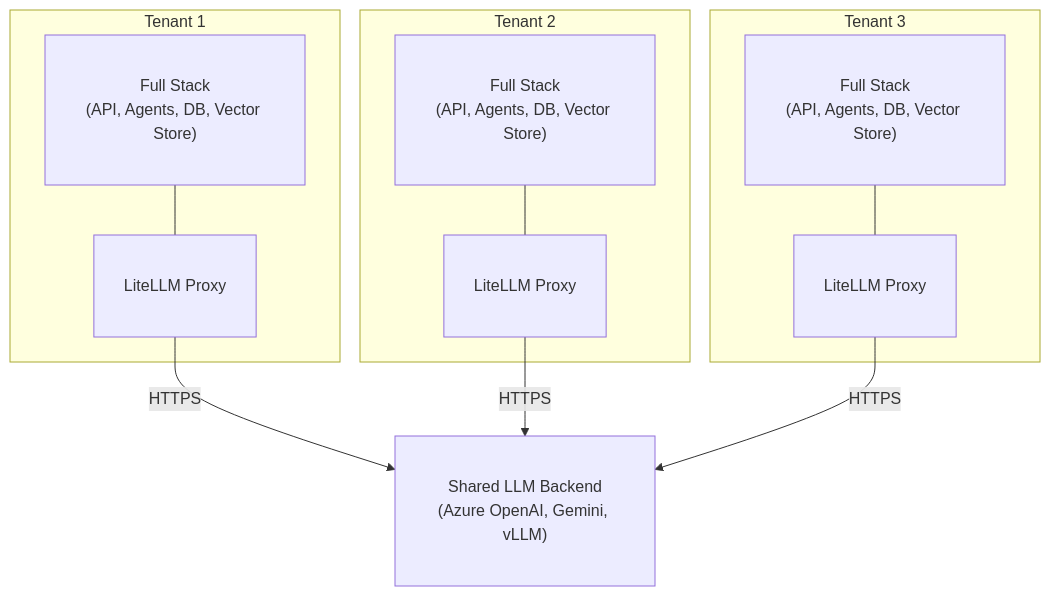
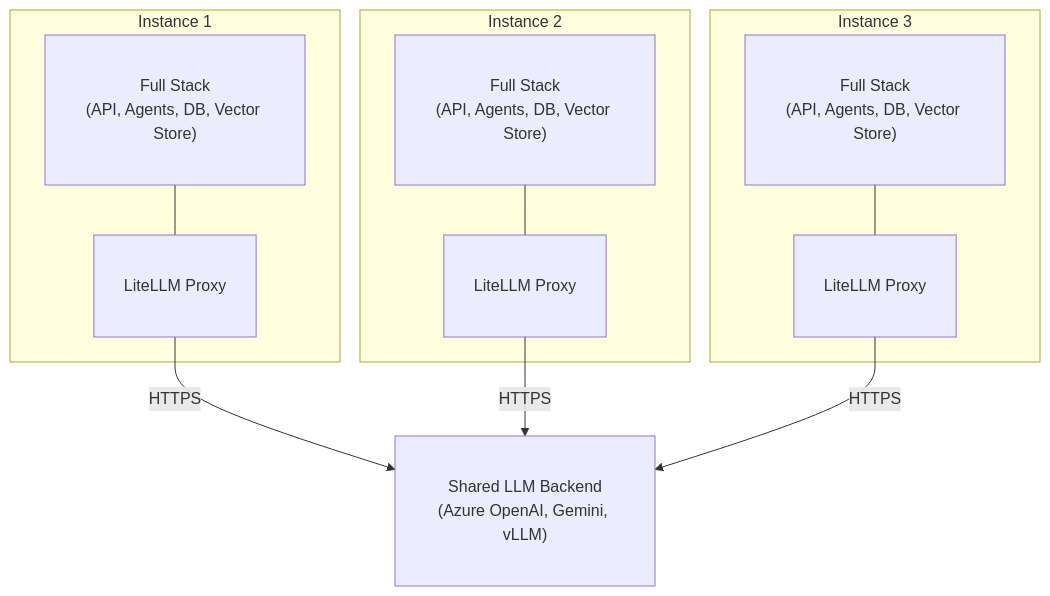
Before and after one commit to bbvch-ai/aihub-core: the second of 2 diagrams in aihub_doc/docs/2_platform/3_deployment_guide/1_deployment_options/index.en.md, drawn with Mermaid. The commit also changed other lines of this file and 5 other files, not shown here.

Commit message:
doc(aihub): Multi-Tenant vs Multi-Instance (#740)

````diff
--- a/aihub_doc/docs/2_platform/3_deployment_guide/1_deployment_options/index.en.md
+++ b/aihub_doc/docs/2_platform/3_deployment_guide/1_deployment_options/index.en.md
@@ -210,28 +234,28 @@
 ```mermaid
 graph TB
     Backend["Shared LLM Backend<br/>(Azure OpenAI, Gemini, vLLM)"]
 
-    subgraph Tenant1["Tenant 1"]
-        T1Stack["Full Stack<br/>(API, Agents, DB, Vector Store)"]
-        T1Proxy["LiteLLM Proxy"]
-        T1Stack --- T1Proxy
+    subgraph Instance1["Instance 1"]
+        I1Stack["Full Stack<br/>(API, Agents, DB, Vector Store)"]
+        I1Proxy["LiteLLM Proxy"]
+        I1Stack --- I1Proxy
     end
 
-    subgraph Tenant2["Tenant 2"]
-        T2Stack["Full Stack<br/>(API, Agents, DB, Vector Store)"]
-        T2Proxy["LiteLLM Proxy"]
-        T2Stack --- T2Proxy
+    subgraph Instance2["Instance 2"]
+        I2Stack["Full Stack<br/>(API, Agents, DB, Vector Store)"]
+        I2Proxy["LiteLLM Proxy"]
+        I2Stack --- I2Proxy
     end
 
-    subgraph Tenant3["Tenant 3"]
-        T3Stack["Full Stack<br/>(API, Agents, DB, Vector Store)"]
-        T3Proxy["LiteLLM Proxy"]
-        T3Stack --- T3Proxy
+    subgraph Instance3["Instance 3"]
+        I3Stack["Full Stack<br/>(API, Agents, DB, Vector Store)"]
+        I3Proxy["LiteLLM Proxy"]
+        I3Stack --- I3Proxy
     end
 
-    T1Proxy -->|HTTPS| Backend
-    T2Proxy -->|HTTPS| Backend
-    T3Proxy -->|HTTPS| Backend
+    I1Proxy -->|HTTPS| Backend
+    I2Proxy -->|HTTPS| Backend
+    I3Proxy -->|HTTPS| Backend
 
     classDef default font-size:16px,padding:20px
 ```
````
